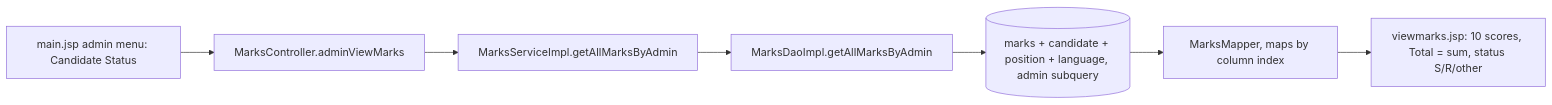
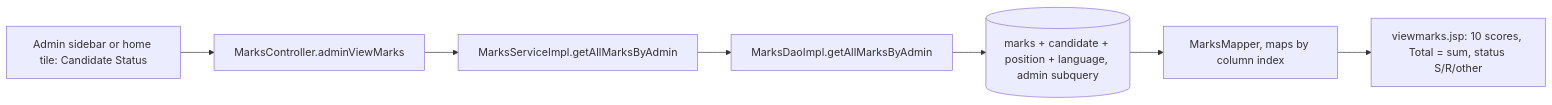
One commit to rafitsabbir/RMS changed the diagram in docs/business-flows/evaluation.md. Above: the diagram before and after it, drawn with Mermaid. The commit also changed other lines of this file and 15 other files, not shown here.

````diff
--- a/docs/business-flows/evaluation.md
+++ b/docs/business-flows/evaluation.md
@@ -9,9 +9,9 @@
 ```mermaid
 flowchart LR
-  A["main.jsp admin menu: Candidate Status"] --> B[MarksController.adminViewMarks]
+  A["Admin sidebar or home tile: Candidate Status"] --> B[MarksController.adminViewMarks]
   B --> C[MarksServiceImpl.getAllMarksByAdmin]
   C --> D[MarksDaoImpl.getAllMarksByAdmin]
   D --> E[("marks + candidate + position + language, admin subquery")]
   E --> F["MarksMapper, maps by column index"]
   F --> G["viewmarks.jsp: 10 scores, Total = sum, status S/R/other"]
 ```
````
